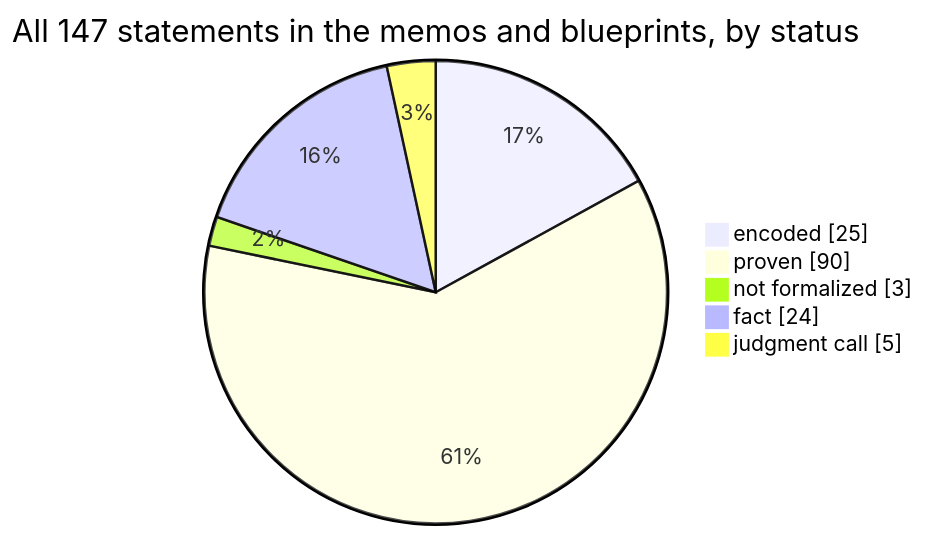
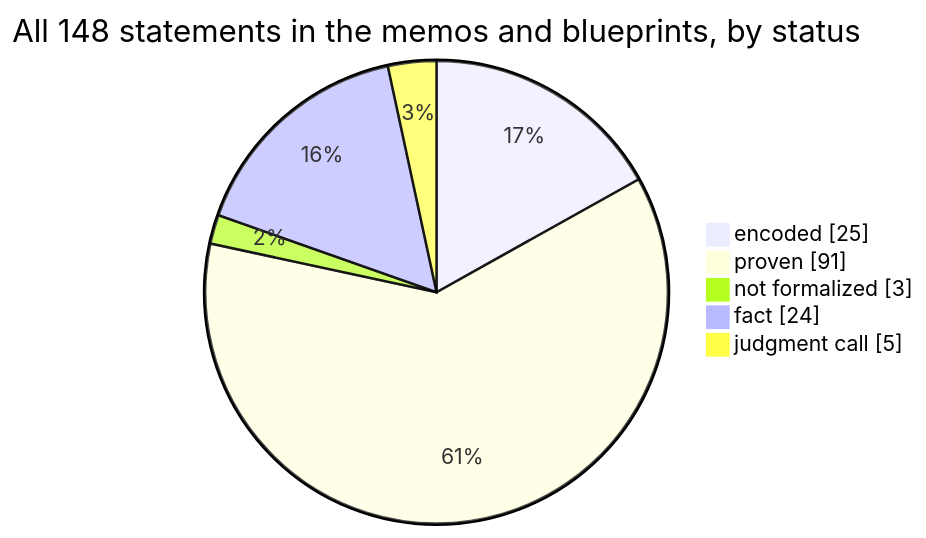
One commit to SeanWMurray/Canteen changed the first of 4 diagrams in docs/graphs/dashboard.md. Above: the diagram before and after it, drawn with Mermaid. The commit also changed other lines of this file and 16 other files, not shown here.

````diff
--- a/docs/graphs/dashboard.md
+++ b/docs/graphs/dashboard.md
@@ -11,8 +11,8 @@
 ```mermaid
-pie showData title All 147 statements in the memos and blueprints, by status
+pie showData title All 148 statements in the memos and blueprints, by status
     "encoded" : 25
-    "proven" : 90
+    "proven" : 91
     "not formalized" : 3
     "fact" : 24
     "judgment call" : 5
 ```
````
